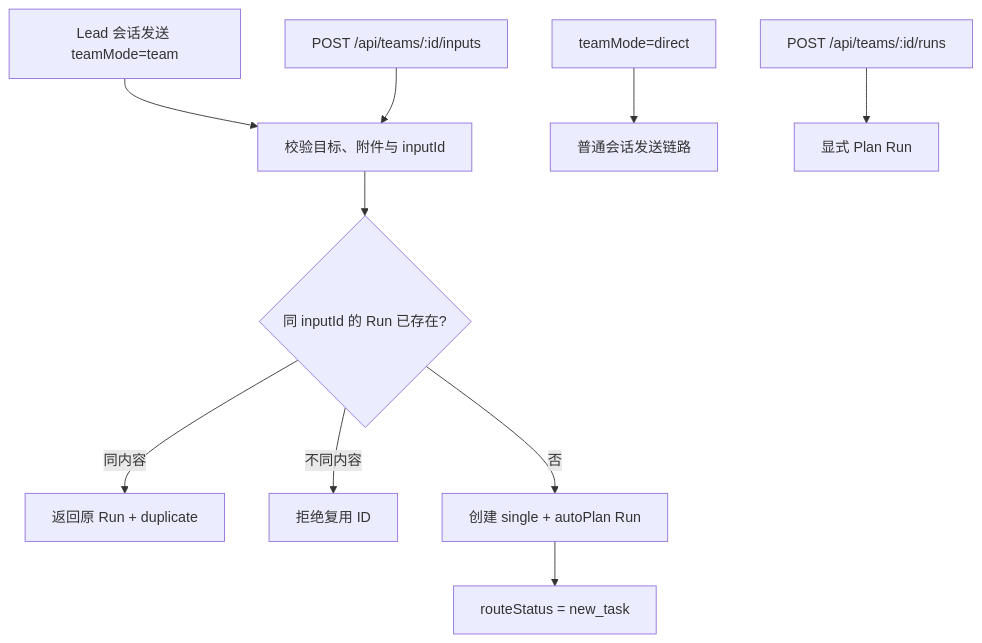
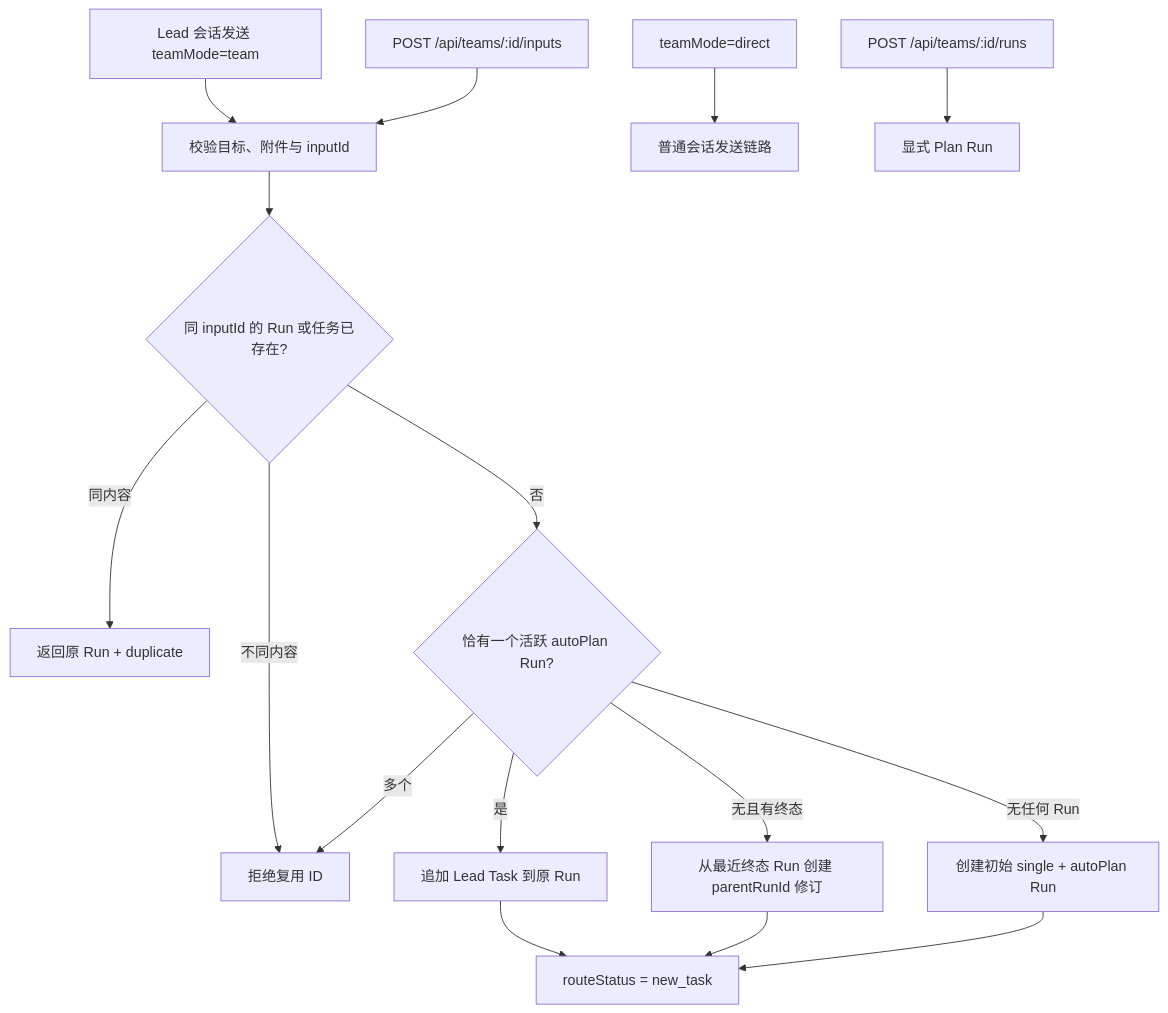
Before and after one commit to BenedictKing/mobile-bridge: diagram 21 of 22 in docs/team-runtime-diagrams.md, drawn with Mermaid. The commit also changed other lines of this file and 10 other files, not shown here.

````diff
--- a/docs/team-runtime-diagrams.md
+++ b/docs/team-runtime-diagrams.md
@@ -359,12 +359,18 @@
 ```mermaid
 flowchart TD
     Chat[Lead 会话发送 teamMode=team] --> Validate[校验目标、附件与 inputId]
     Input[POST /api/teams/:id/inputs] --> Validate
-    Validate --> Existing{同 inputId 的 Run 已存在?}
+    Validate --> Existing{同 inputId 的 Run 或任务已存在?}
     Existing -- 同内容 --> Duplicate[返回原 Run + duplicate]
     Existing -- 不同内容 --> Conflict[拒绝复用 ID]
-    Existing -- 否 --> Create[创建 single + autoPlan Run]
-    Create --> Route[routeStatus = new_task]
+    Existing -- 否 --> Active{恰有一个活跃 autoPlan Run?}
+    Active -- 是 --> Append[追加 Lead Task 到原 Run]
+    Active -- 多个 --> Conflict
+    Active -- 无且有终态 --> Amend[从最近终态 Run 创建 parentRunId 修订]
+    Active -- 无任何 Run --> Create[创建初始 single + autoPlan Run]
+    Append --> Route[routeStatus = new_task]
+    Amend --> Route
+    Create --> Route
     Direct[teamMode=direct] --> Normal[普通会话发送链路]
     Plan[POST /api/teams/:id/runs] --> Explicit[显式 Plan Run]
 ```
````
